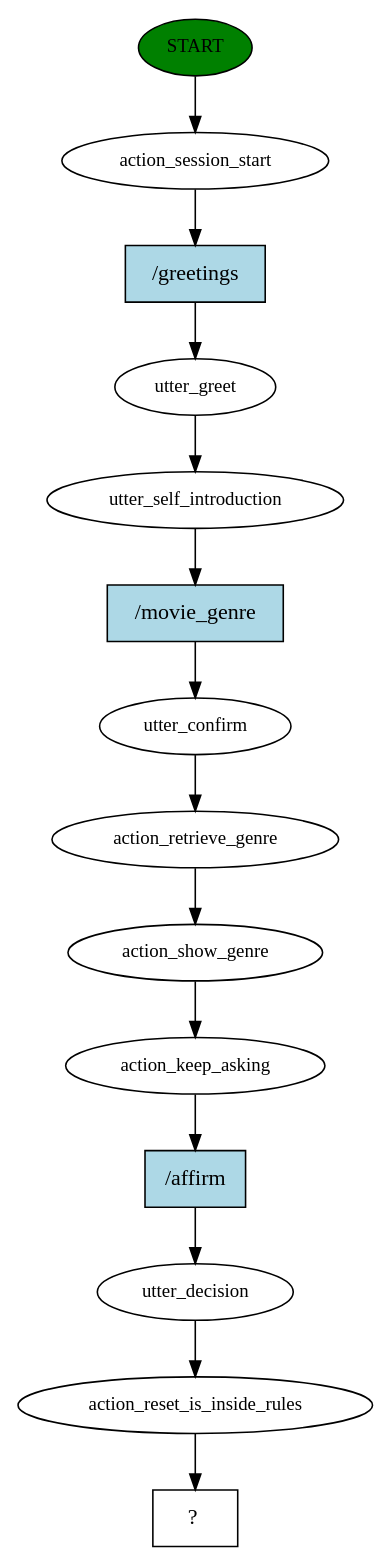
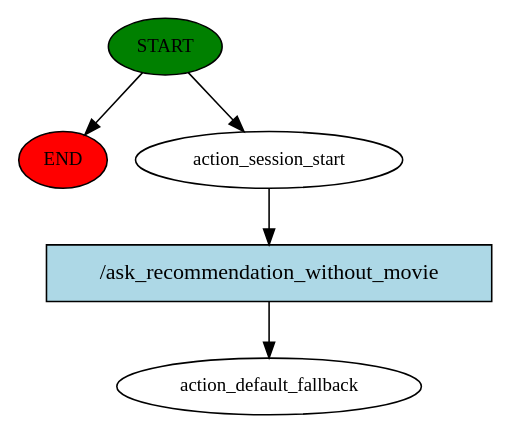
Before and after one commit to Bru0x11/Human_Machine_Dialogue-Rasa: the diagram in story_graph.dot, drawn with Graphviz. The commit also changed 13 other files, not shown here.

```diff
--- a/story_graph.dot
+++ b/story_graph.dot
@@ -1,29 +1,11 @@
 digraph  {
 0 [class="start active", fillcolor=green, fontsize=12, label=START, style=filled];
+"-1" [class=end, fillcolor=red, fontsize=12, label=END, style=filled];
 1 [class=active, fontsize=12, label=action_session_start];
-2 [class=active, fontsize=12, label=utter_greet];
-3 [class=active, fontsize=12, label=utter_self_introduction];
-4 [class=active, fontsize=12, label=utter_confirm];
-5 [class=active, fontsize=12, label=action_retrieve_genre];
-6 [class=active, fontsize=12, label=action_show_genre];
-7 [class=active, fontsize=12, label=action_keep_asking];
-8 [class=active, fontsize=12, label=utter_decision];
-9 [class=active, fontsize=12, label=action_reset_is_inside_rules];
-10 [class="intent dashed active", label="  ?  ", shape=rect];
-11 [class="intent active", fillcolor=lightblue, label="/greetings", shape=rect, style=filled];
-12 [class="intent active", fillcolor=lightblue, label="/movie_genre", shape=rect, style=filled];
-13 [class="intent active", fillcolor=lightblue, label="/affirm", shape=rect, style=filled];
+2 [class="dashed active", fontsize=12, label=action_default_fallback];
+3 [class="intent active", fillcolor=lightblue, label="/ask_recommendation_without_movie", shape=rect, style=filled];
+0 -> "-1"  [class="", key=NONE, label=""];
 0 -> 1  [class=active, key=NONE, label=""];
-1 -> 11  [class=active, key=0];
-2 -> 3  [class=active, key=NONE, label=""];
-3 -> 12  [class=active, key=0];
-4 -> 5  [class=active, key=NONE, label=""];
-5 -> 6  [class=active, key=NONE, label=""];
-6 -> 7  [class=active, key=NONE, label=""];
-7 -> 13  [class=active, key=0];
-8 -> 9  [class=active, key=NONE, label=""];
-9 -> 10  [class=active, key=NONE, label=""];
-11 -> 2  [class=active, key=0];
-12 -> 4  [class=active, key=0];
-13 -> 8  [class=active, key=0];
+1 -> 3  [class=active, key=0];
+3 -> 2  [class=active, key=0];
 }
```
